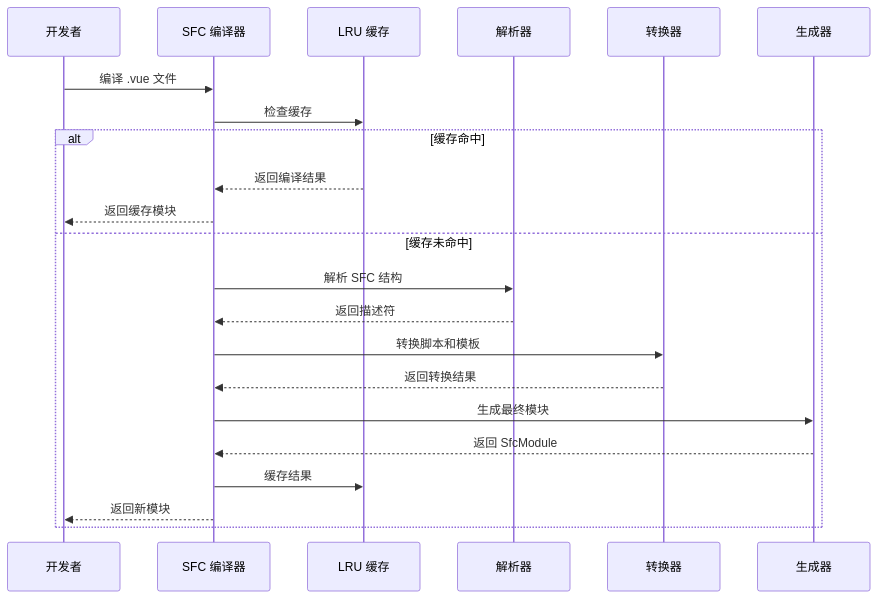
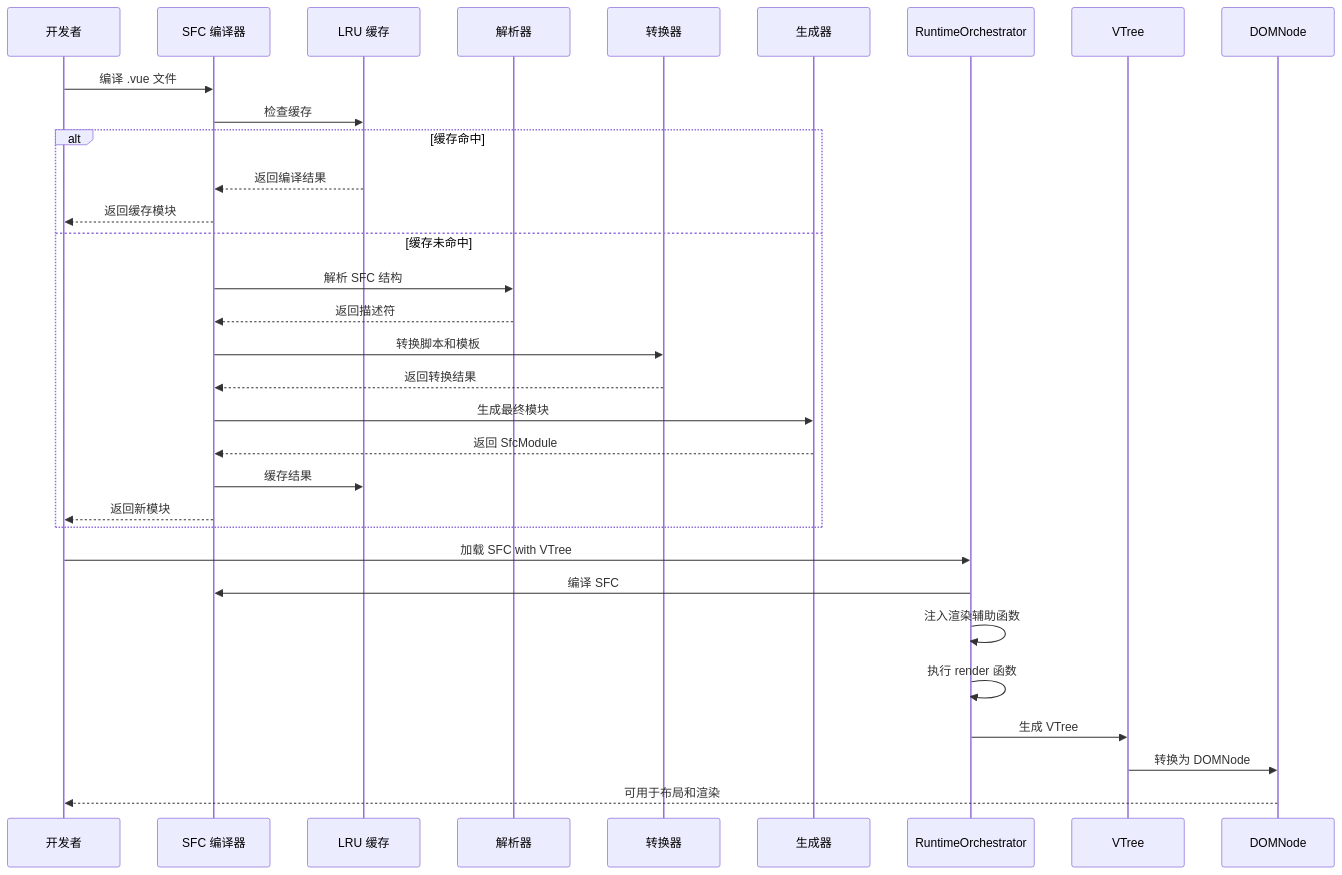
Before and after one commit to itszzl-sudo/iris: the sixth of 17 diagrams in .qoder/repowiki/zh/content/技术架构详解/即时转译系统/SFC编译器初始化机制/Vue 3 Script Setup 支持.md, drawn with Mermaid. The commit also changed other lines of this file and 8 other files, not shown here.

````diff
--- a/.qoder/repowiki/zh/content/技术架构详解/即时转译系统/SFC编译器初始化机制/Vue 3 Script Setup 支持.md
+++ b/.qoder/repowiki/zh/content/技术架构详解/即时转译系统/SFC编译器初始化机制/Vue 3 Script Setup 支持.md
@@ -234,24 +312,34 @@
 ```mermaid
 sequenceDiagram
 participant Dev as 开发者
 participant SFC as SFC 编译器
 participant Cache as LRU 缓存
 participant Parser as 解析器
 participant Transformer as 转换器
 participant Generator as 生成器
+participant Orchestrator as RuntimeOrchestrator
+participant VTree as VTree
+participant DOMNode as DOMNode
 Dev->>SFC : 编译 .vue 文件
 SFC->>Cache : 检查缓存
 alt 缓存命中
 Cache-->>SFC : 返回编译结果
 SFC-->>Dev : 返回缓存模块
 else 缓存未命中
 SFC->>Parser : 解析 SFC 结构
 Parser-->>SFC : 返回描述符
 SFC->>Transformer : 转换脚本和模板
 Transformer-->>SFC : 返回转换结果
 SFC->>Generator : 生成最终模块
 Generator-->>SFC : 返回 SfcModule
 SFC->>Cache : 缓存结果
 SFC-->>Dev : 返回新模块
 end
+Dev->>Orchestrator : 加载 SFC with VTree
+Orchestrator->>SFC : 编译 SFC
+Orchestrator->>Orchestrator : 注入渲染辅助函数
+Orchestrator->>Orchestrator : 执行 render 函数
+Orchestrator->>VTree : 生成 VTree
+VTree->>DOMNode : 转换为 DOMNode
+DOMNode-->>Dev : 可用于布局和渲染
 ```
````
